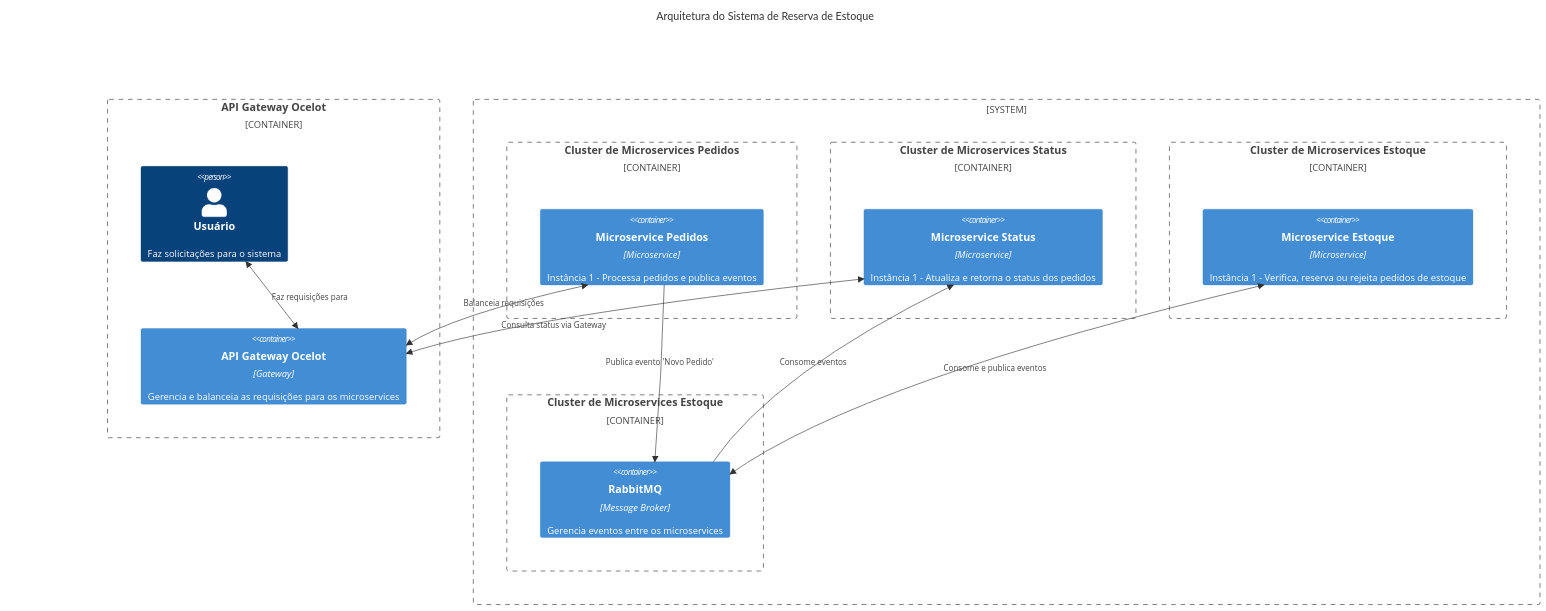
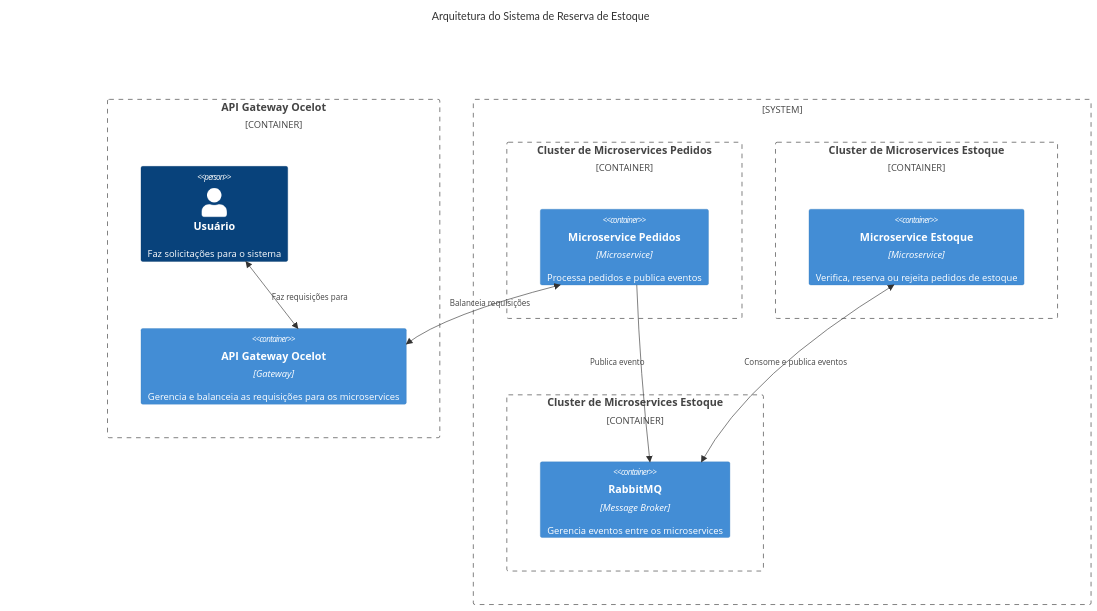
Before and after one commit to jeziellins/ReservaEstoqueDemo: the second of 2 diagrams in README.md, drawn with Mermaid. The commit also changed other lines of this file, not shown here.

Commit message:
Removendo o microservice status para simplificar a demo

````diff
--- a/README.md
+++ b/README.md
@@ -30,45 +26,36 @@
 ```mermaid
 C4Context
 title Arquitetura do Sistema de Reserva de Estoque
 
 Container_Boundary(Gateway, "API Gateway Ocelot") {    
     Person(Usuario, "Usuário", "Faz solicitações para o sistema")
     Container(API_Gateway, "API Gateway Ocelot", "Gateway", "Gerencia e balanceia as requisições para os microservices")    
 }
 
 System_Boundary(Componentes, "") {
     Container_Boundary(PedidosCluster, "Cluster de Microservices Pedidos") {
-        Container(MicroservicePedidos1, "Microservice Pedidos", "Microservice", "Instância 1 - Processa pedidos e publica eventos")
-        
-    }
-
-    Container_Boundary(StatusCluster, "Cluster de Microservices Status") {
-        Container(MicroserviceStatus1, "Microservice Status", "Microservice", "Instância 1 - Atualiza e retorna o status dos pedidos")
+        Container(MicroservicePedidos1, "Microservice Pedidos", "Microservice", "Processa pedidos e publica eventos")
         
     }
 
     Container_Boundary(EstoqueCluster, "Cluster de Microservices Estoque") {
-        Container(MicroserviceEstoque1, "Microservice Estoque", "Microservice", "Instância 1 - Verifica, reserva ou rejeita pedidos de estoque")
+        Container(MicroserviceEstoque1, "Microservice Estoque", "Microservice", "Verifica, reserva ou rejeita pedidos de estoque")
         
     }
 
     Container_Boundary(MessageBroker, "Cluster de Microservices Estoque") {
         Container(MessageBroker1, "RabbitMQ", "Message Broker", "Gerencia eventos entre os microservices")
     }
     
 }
 
 BiRel(Usuario, API_Gateway, "Faz requisições para")
 BiRel(API_Gateway, MicroservicePedidos1, "Balanceia requisições")
-Rel(MicroservicePedidos1, MessageBroker1, "Publica evento 'Novo Pedido'")
-Rel(MessageBroker1, MicroserviceStatus1, "Consome eventos")
+Rel(MicroservicePedidos1, MessageBroker1, "Publica evento")
 BiRel(MessageBroker1, MicroserviceEstoque1, "Consome e publica eventos")
-BiRel(API_Gateway, MicroserviceStatus1, "Consulta status via Gateway")
 
 UpdateRelStyle(API_Gateway, MicroservicePedidos1, $offsetX="-50", $offsetY="-20")
-UpdateRelStyle(API_Gateway, MicroserviceStatus1, $offsetX="-200", $offsetY="10")
 UpdateRelStyle(MicroservicePedidos1, MessageBroker1, $offsetX="-80", $offsetY="-20")
-UpdateRelStyle(MessageBroker1, MicroserviceStatus1, $offsetX="-80", $offsetY="-20")
 UpdateRelStyle(MessageBroker1, MicroserviceEstoque1, $offsetX="-80", $offsetY="-20")
-UpdateLayoutConfig($c4ShapeInRow="1", $c4BoundaryInRow="3")
+UpdateLayoutConfig($c4ShapeInRow="1", $c4BoundaryInRow="2")
 ```
````
